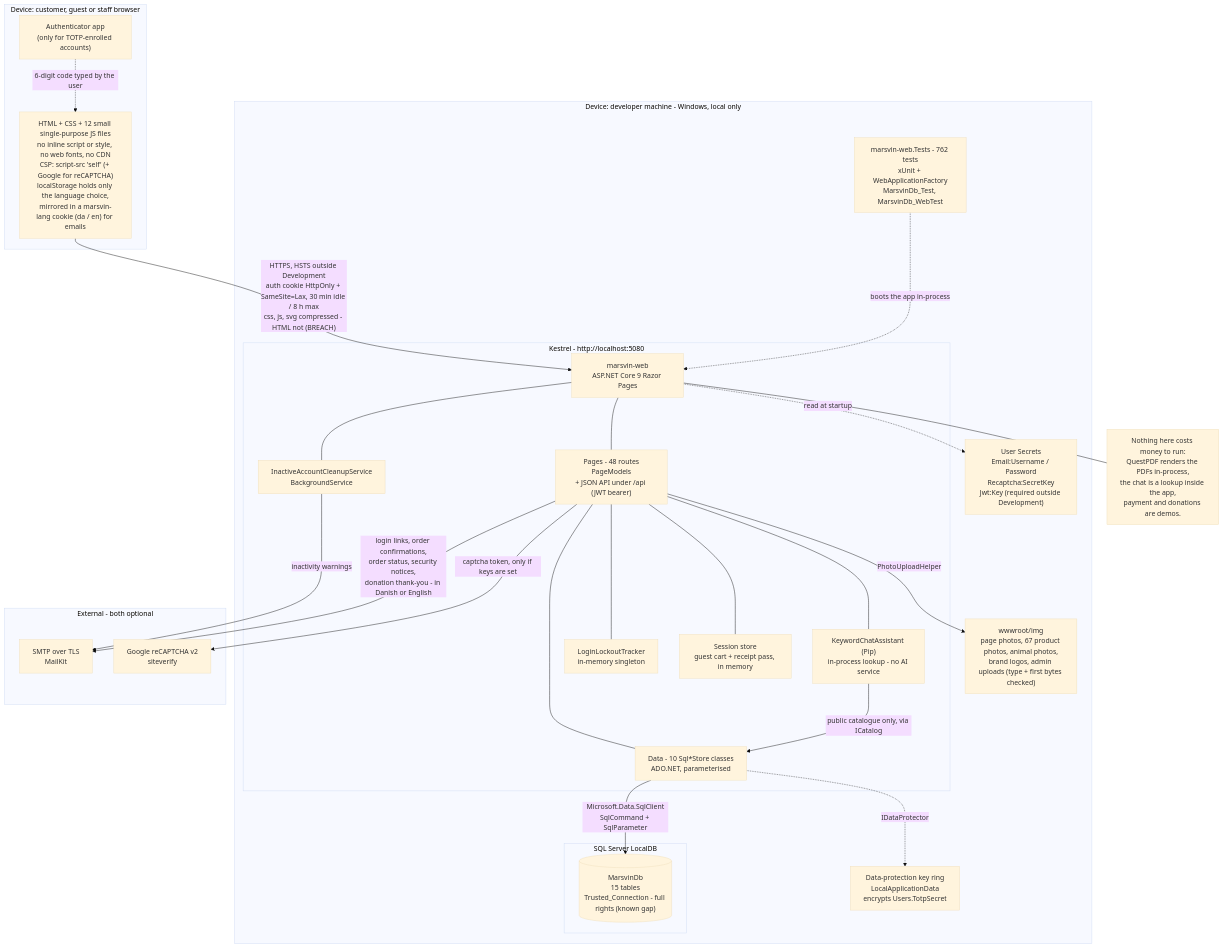
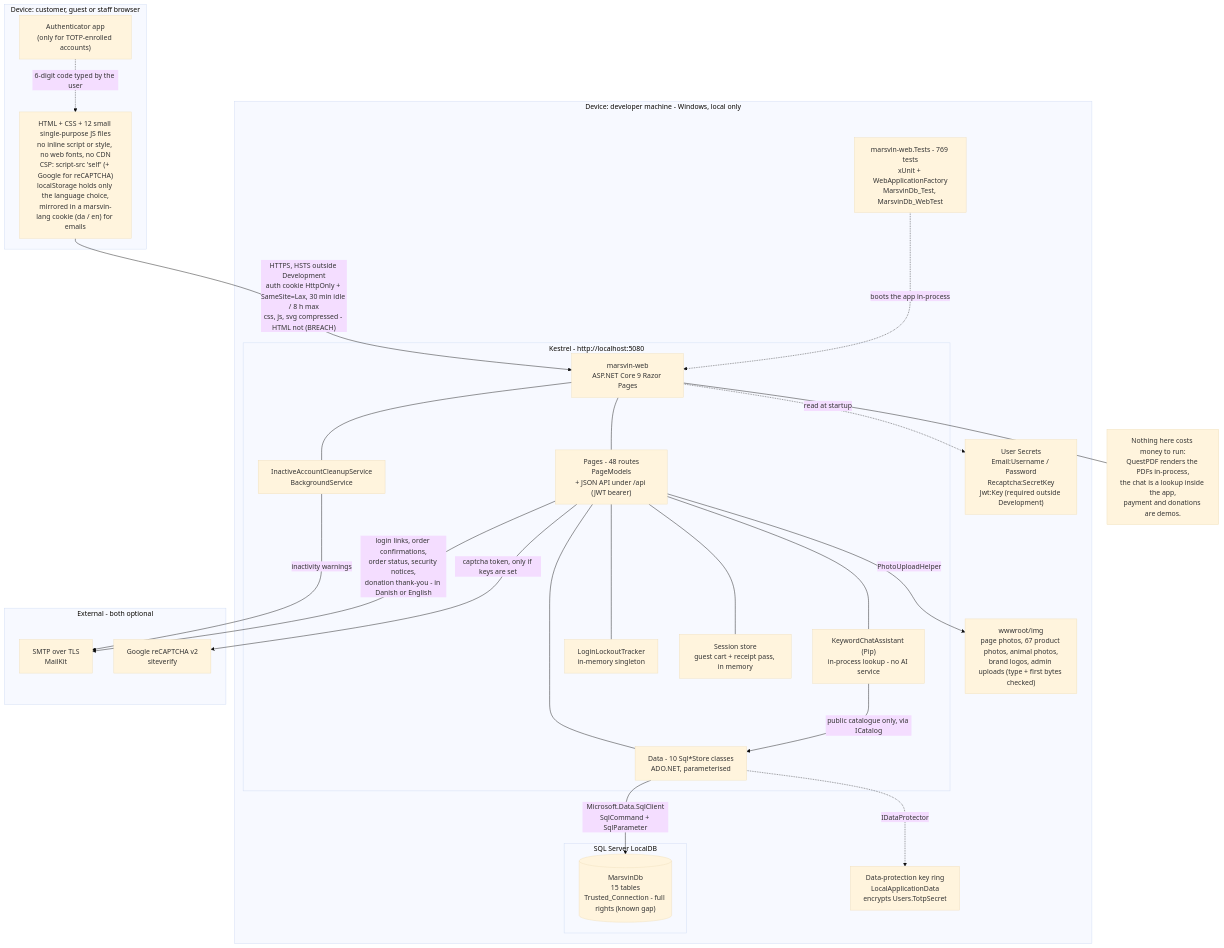
Before and after one commit to Elvie-Abarth/Esti-whent-creazy-whit-the-protject: the diagram in diagrams/marsvin-deployment.mermaid, drawn with Mermaid (base theme). The commit also changed 12 other files, not shown here.

```diff
--- a/diagrams/marsvin-deployment.mermaid
+++ b/diagrams/marsvin-deployment.mermaid
@@ -1,50 +1,50 @@
 flowchart TB
     subgraph CLIENT["Device: customer, guest or staff browser"]
         BROWSER["HTML + CSS + 12 small single-purpose JS files<br/>no inline script or style, no web fonts, no CDN<br/>CSP: script-src 'self' (+ Google for reCAPTCHA)<br/>localStorage holds only the language choice,<br/>mirrored in a marsvin-lang cookie (da / en) for emails"]
         AUTHAPP["Authenticator app<br/>(only for TOTP-enrolled accounts)"]
     end
 
     subgraph DEV["Device: developer machine - Windows, local only"]
         subgraph KESTREL["Kestrel - http://localhost:5080"]
             APP["marsvin-web<br/>ASP.NET Core 9 Razor Pages"]
             PAGES["Pages - 48 routes<br/>PageModels<br/>+ JSON API under /api (JWT bearer)"]
             STORES["Data - 10 Sql*Store classes<br/>ADO.NET, parameterised"]
             CHATBOT["KeywordChatAssistant (Pip)<br/>in-process lookup - no AI service"]
             BG["InactiveAccountCleanupService<br/>BackgroundService"]
             LOCK["LoginLockoutTracker<br/>in-memory singleton"]
             SESS["Session store<br/>guest cart + receipt pass, in memory"]
             APP --- PAGES
             PAGES --- STORES
             PAGES --- CHATBOT
             APP --- BG
             PAGES --- LOCK
             PAGES --- SESS
         end
         subgraph SQL["SQL Server LocalDB"]
             DBASE[("MarsvinDb<br/>15 tables<br/>Trusted_Connection - full rights (known gap)")]
         end
         KEYS["Data-protection key ring<br/>LocalApplicationData<br/>encrypts Users.TotpSecret"]
         UPLOADS["wwwroot/img<br/>page photos, 67 product photos, animal photos,<br/>brand logos, admin uploads (type + first bytes checked)"]
         SECRETS["User Secrets<br/>Email:Username / Password<br/>Recaptcha:SecretKey<br/>Jwt:Key (required outside Development)"]
-        TESTS["marsvin-web.Tests - 762 tests<br/>xUnit + WebApplicationFactory<br/>MarsvinDb_Test, MarsvinDb_WebTest"]
+        TESTS["marsvin-web.Tests - 769 tests<br/>xUnit + WebApplicationFactory<br/>MarsvinDb_Test, MarsvinDb_WebTest"]
     end
 
     subgraph EXT["External - both optional"]
         SMTPSVC["SMTP over TLS<br/>MailKit"]
         GRECAP["Google reCAPTCHA v2<br/>siteverify"]
     end
 
     BROWSER -->|"HTTPS, HSTS outside Development<br/>auth cookie HttpOnly + SameSite=Lax, 30 min idle / 8 h max<br/>css, js, svg compressed - HTML not (BREACH)"| APP
     AUTHAPP -.->|"6-digit code typed by the user"| BROWSER
     STORES -->|"Microsoft.Data.SqlClient<br/>SqlCommand + SqlParameter"| DBASE
     CHATBOT -->|"public catalogue only, via ICatalog"| STORES
     STORES -.->|"IDataProtector"| KEYS
     PAGES -->|"PhotoUploadHelper"| UPLOADS
     APP -.->|"read at startup"| SECRETS
     BG -->|"inactivity warnings"| SMTPSVC
     PAGES -->|"login links, order confirmations,<br/>order status, security notices,<br/>donation thank-you - in Danish or English"| SMTPSVC
     PAGES -->|"captcha token, only if keys are set"| GRECAP
     TESTS -.->|"boots the app in-process"| APP
 
     NOTE["Nothing here costs money to run:<br/>QuestPDF renders the PDFs in-process,<br/>the chat is a lookup inside the app,<br/>payment and donations are demos."]
     APP --- NOTE
```
